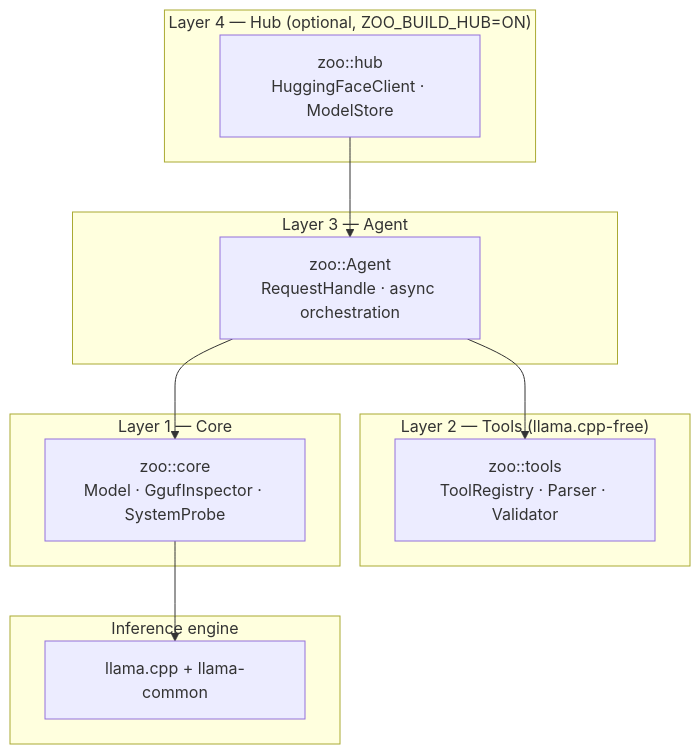
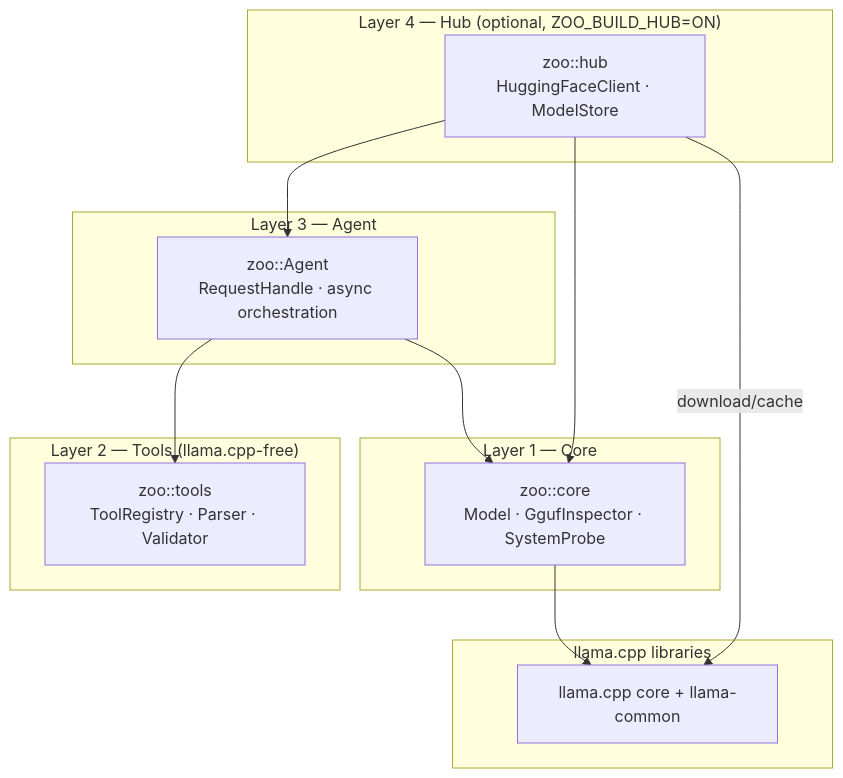
Before and after one commit to crybo-rybo/zoo-keeper: the diagram in docs/spec.md, drawn with Mermaid. The commit also changed 5 other files, not shown here.

Commit message:
docs: align architecture diagrams with implementation

````diff
--- a/docs/spec.md
+++ b/docs/spec.md
@@ -57,28 +57,30 @@
 ```mermaid
 flowchart TB
     subgraph L4["Layer 4 — Hub (optional, ZOO_BUILD_HUB=ON)"]
         H["zoo::hub<br/>HuggingFaceClient · ModelStore"]
     end
 
     subgraph L3["Layer 3 — Agent"]
         A["zoo::Agent<br/>RequestHandle · async orchestration"]
     end
 
     subgraph L2["Layer 2 — Tools (llama.cpp-free)"]
         T["zoo::tools<br/>ToolRegistry · Parser · Validator"]
     end
 
     subgraph L1["Layer 1 — Core"]
         C["zoo::core<br/>Model · GgufInspector · SystemProbe"]
     end
 
-    subgraph Engine["Inference engine"]
-        LL["llama.cpp + llama-common"]
+    subgraph Llama["llama.cpp libraries"]
+        LL["llama.cpp core + llama-common"]
     end
 
     H --> A
+    H --> C
+    H -->|"download/cache"| LL
     A --> T
     A --> C
     C --> LL
 
 ```
````
